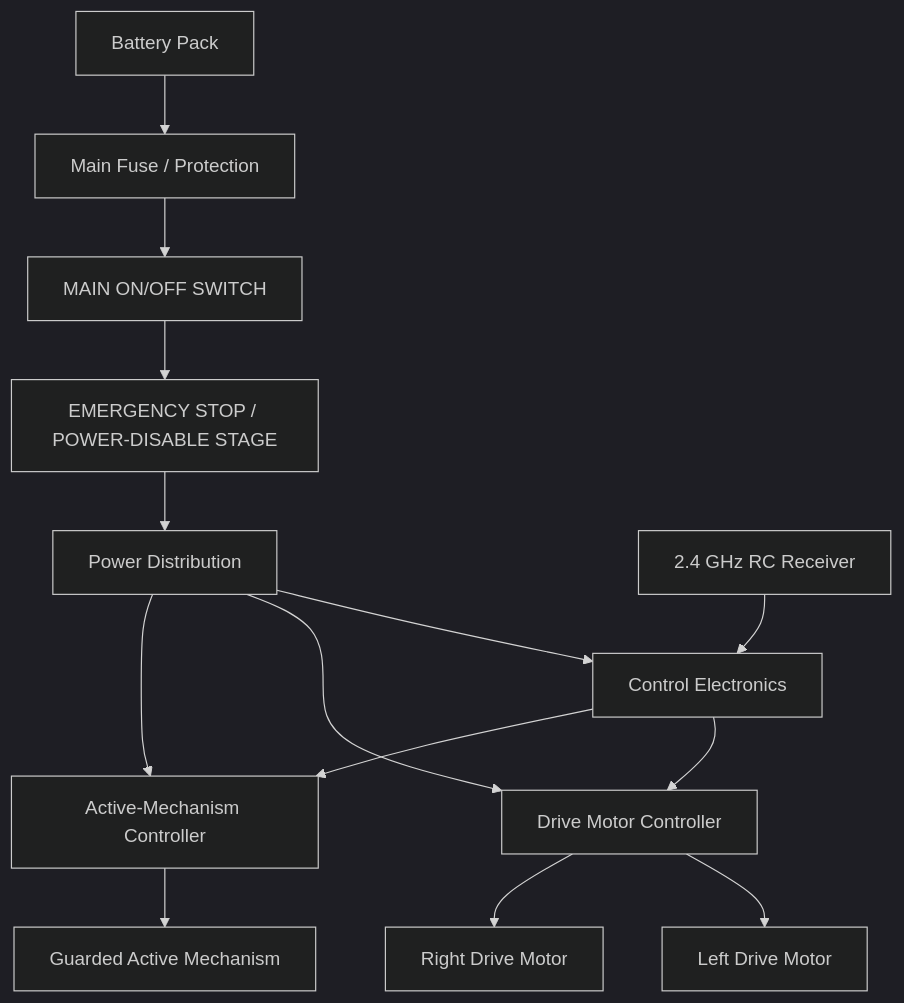
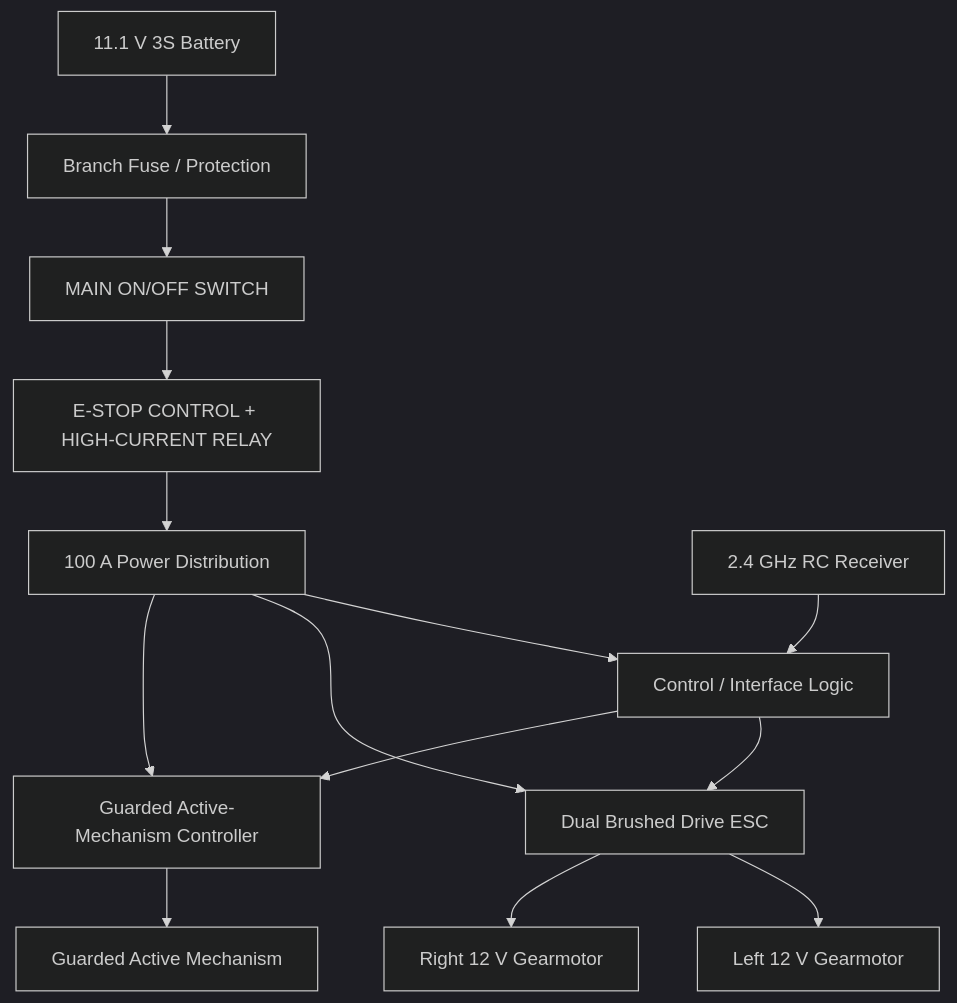
One commit to Izeey007/SentinelT changed the first of 3 diagrams in Designs/Schematics/SentinelT_Power_and_EStop.md. Above: the diagram before and after it, drawn with Mermaid (dark theme). The commit also changed other lines of this file, not shown here.

Commit message:
Update SentinelT power and E-Stop architecture wording

````diff
--- a/Designs/Schematics/SentinelT_Power_and_EStop.md
+++ b/Designs/Schematics/SentinelT_Power_and_EStop.md
@@ -18,19 +18,19 @@
 ```mermaid
 flowchart TD
-    BAT[Battery Pack] --> FUSE[Main Fuse / Protection]
+    BAT[11.1 V 3S Battery] --> FUSE[Branch Fuse / Protection]
     FUSE --> SW[MAIN ON/OFF SWITCH]
-    SW --> ESTOP[EMERGENCY STOP / POWER-DISABLE STAGE]
-    ESTOP --> PDB[Power Distribution]
+    SW --> ESTOP[E-STOP CONTROL + HIGH-CURRENT RELAY]
+    ESTOP --> PDB[100 A Power Distribution]
 
-    PDB --> CTRL[Control Electronics]
-    PDB --> DRV[Drive Motor Controller]
-    PDB --> AUX[Active-Mechanism Controller]
+    PDB --> CTRL[Control / Interface Logic]
+    PDB --> DRV[Dual Brushed Drive ESC]
+    PDB --> AUX[Guarded Active-Mechanism Controller]
 
     RX[2.4 GHz RC Receiver] --> CTRL
     CTRL --> DRV
     CTRL --> AUX
 
-    DRV --> LM[Left Drive Motor]
-    DRV --> RM[Right Drive Motor]
+    DRV --> LM[Left 12 V Gearmotor]
+    DRV --> RM[Right 12 V Gearmotor]
     AUX --> ACT[Guarded Active Mechanism]
 ```
````
